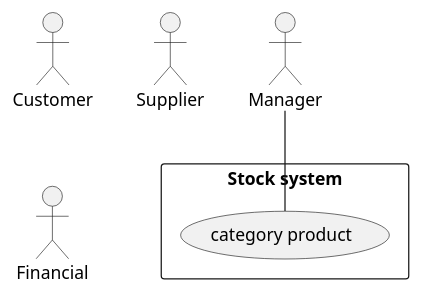
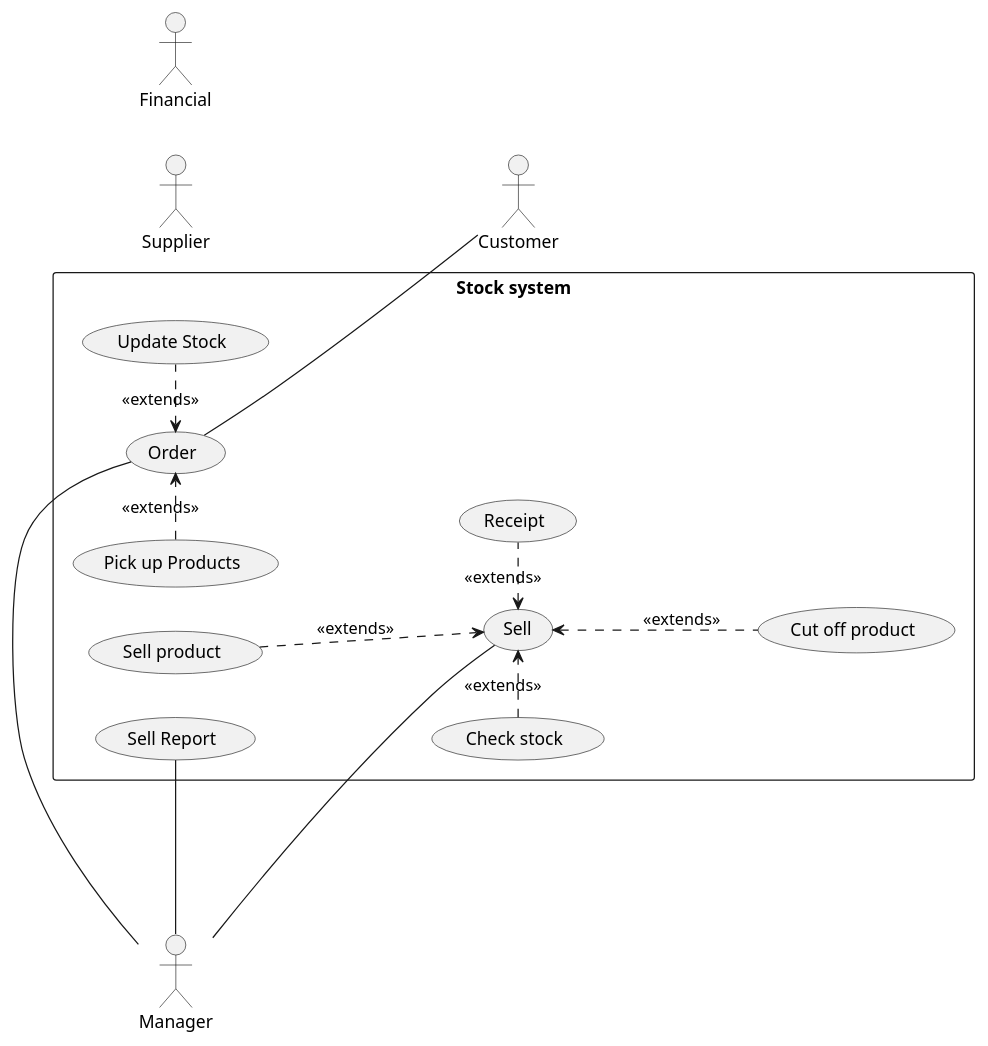
One commit to billowdev/inventory-system-plantuml-sequelize-seeder-example changed the diagram in system-analysis/usecase-diagram.puml. Above: the diagram before and after it, drawn with PlantUML. The commit also changed 15 other files, not shown here.

Commit message:
usecase diagram

```diff
--- a/system-analysis/usecase-diagram.puml
+++ b/system-analysis/usecase-diagram.puml
@@ -1,32 +1,86 @@
 @startuml
 'https://plantuml.com/sequence-diagram
-
+left to right direction
 ' =================== Customer ===================
 ' role - ผู้ที่เข้ามาเพื่อซื้อสินค้าภายในบริษัท
 ' duty - ทำให้เกิดการซื้อขายสินค้า
-actor Customer as actorCustomeer
+actor Customer as actorCustomer
 
 ' =================== Manager ===================
 ' role - เจ้าหน้าที่ ที่จัดการสินค้า ให้คงคลังสินค้าอยู่เสมอ
 ' duty - บริหารจัดการ stock สินค้า ทั้งการจำหน่ายออก และการรับสินค้ารวมถึงการ
 ' ออกใบสั่งของ การเช็คสินค้าและการทำรายงานต่างๆ
 actor Manager as actorManager
 
 ' =================== Supplier ===================
 ' role - เป็นบริษัทคู่ค้าที่จำหน่ายสินค้าหรือวัตถุดิบให้กับบริษัท
 ' duty - ขายและจัดส่งสินค้าตามใบสั่งของ
 actor Supplier as actorSupplier
 
 ' =================== Financial ===================
 ' role - เป็นฝ่ายดูแลบัญชีและการเงินของบริษัท
 ' duty - รับข้อมูลการซื้อและขายสินค้า
 actor Financial as actorFinancial
 
 ' =================== Stock System ===================
 rectangle "Stock system" {
-    usecase (category product) as (usecaseCategoryProduct)
-'    usecase ()
-    actorManager -- (usecaseCategoryProduct)
+' ================ Selling ================
+    ' กระบวนการขายสินค้า
+    usecase (Sell) as (usecaseSell)
+'    การขายสินค้า
+    usecase (Sell product) as (usecaseSellProduct)
+'    การตรวจสอบยอดสินค้า
+    usecase (Check stock) as (usecaseCheckStock)
+'    ตัดยอดสอนค้า
+    usecase (Cut off product) as (usecaseCutOffProduct)
+'    ออกใบเสร็จ
+    usecase (Receipt) as (usecaseReceipt)
+
+' ================ Ordering ================
+'    การสั่งซื้อสินค้า
+    usecase (Order) as (usecaseOrder)
+'    การลงรับสินค้า
+    usecase (Pick up Products) as (usecasePickUpProduct)
+'    ปรับปรุงยอดสินค้า
+    usecase (Update Stock) as (usecaseUpdateStock)
+
+
+' ================ Reporting ================
+'   การทำรายงาน
+    usecase (Sell Report) as (usecaseSellReport)
+
+
+'    ===================== Associate Flow =====================
+
+'    ================ actor - usecase Flow ================
+'   ความสัมพันธ์ระหว่าง actor และ usecase ในส่วนของการขาย
+    actorManager -- (usecaseSell)
+
+'  ===  ความสัมพันธ์ระหว่าง actor และ usecase ในส่วนของการสั่งซื้อสินค้า ===
+    actorManager -left- (usecaseOrder)
+    (usecaseOrder) -- actorCustomer
+
+'  ===  ความสัมพันธ์ระหว่าง actor และ usecase ในส่วนของการสออกรายงาน ===
+    actorManager --- (usecaseSellReport)
+
+'    ================ usecase - usecase Flow ================
+
+'    การขายสินค้า เป็นส่วนหนึ่งของกระบวนการขายสินค้า
+    (usecaseSellProduct) ..> (usecaseSell) : <<extends>>
+'    ตรวจสอบยอดสินค้า เป็นส่วนหนึ่งของกระบวนการขายสินค้า
+    (usecaseCheckStock) .right.> (usecaseSell) : <<extends>>
+    '    การตัดยอดสินค้า เป็นส่วนหนึ่งของกระบวนการขายสินค้า
+    (usecaseSell) <.. (usecaseCutOffProduct)  : <<extends>>
+
+'   การออกใบเสร็จ เป็นส่วนหนึ่งของกระบวนการขายสินค้า
+    (usecaseReceipt) .left.> (usecaseSell) : <<extends>>
+
+
+'   การลงรับสินค้า เป็นส่วนหนึ่งของกระบวนการสั่งซื้อสินค้า
+    (usecasePickUpProduct) .right.> (usecaseOrder) : <<extends>>
+
+'   การปรับปรุงยอดสินค้า เป็นส่วนหนึ่งของกระบวนการสั่งซื้อสินค้า
+   (usecaseUpdateStock) .left.> (usecaseOrder) : <<extends>>
  }
 
 @enduml
```
